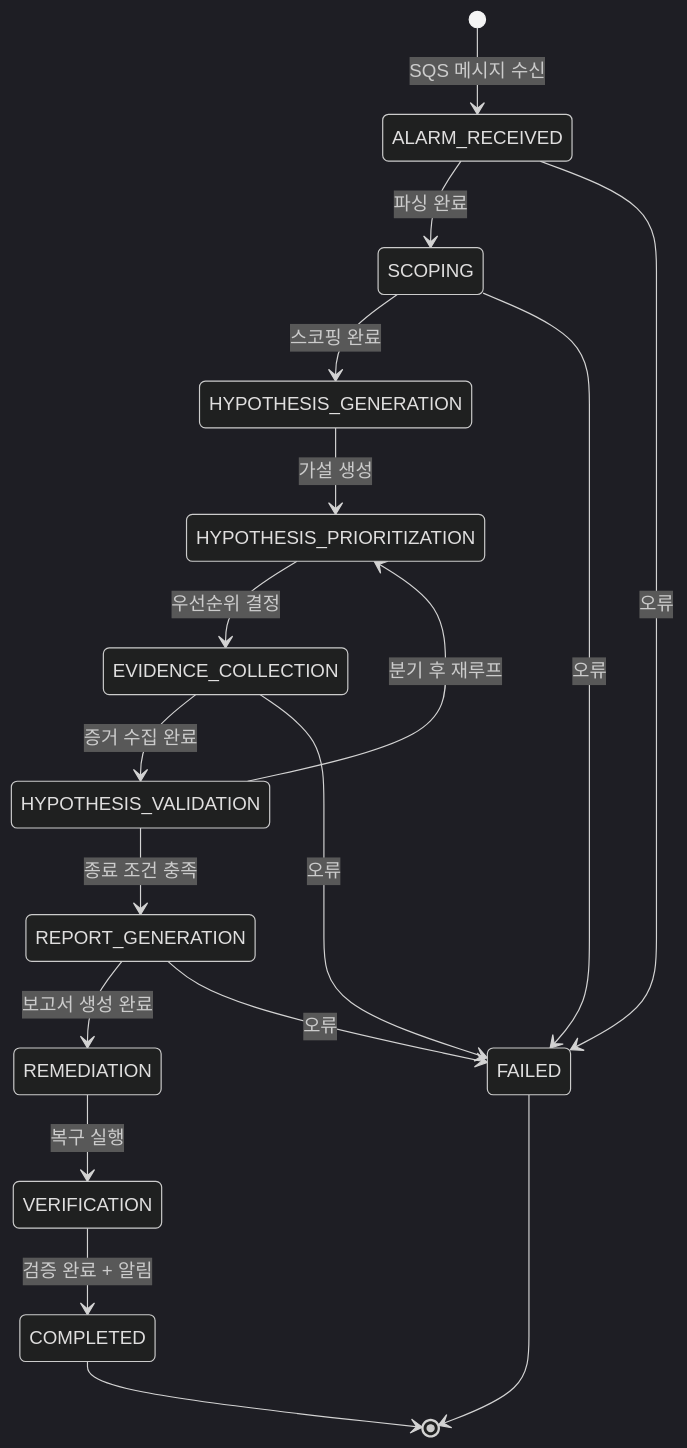
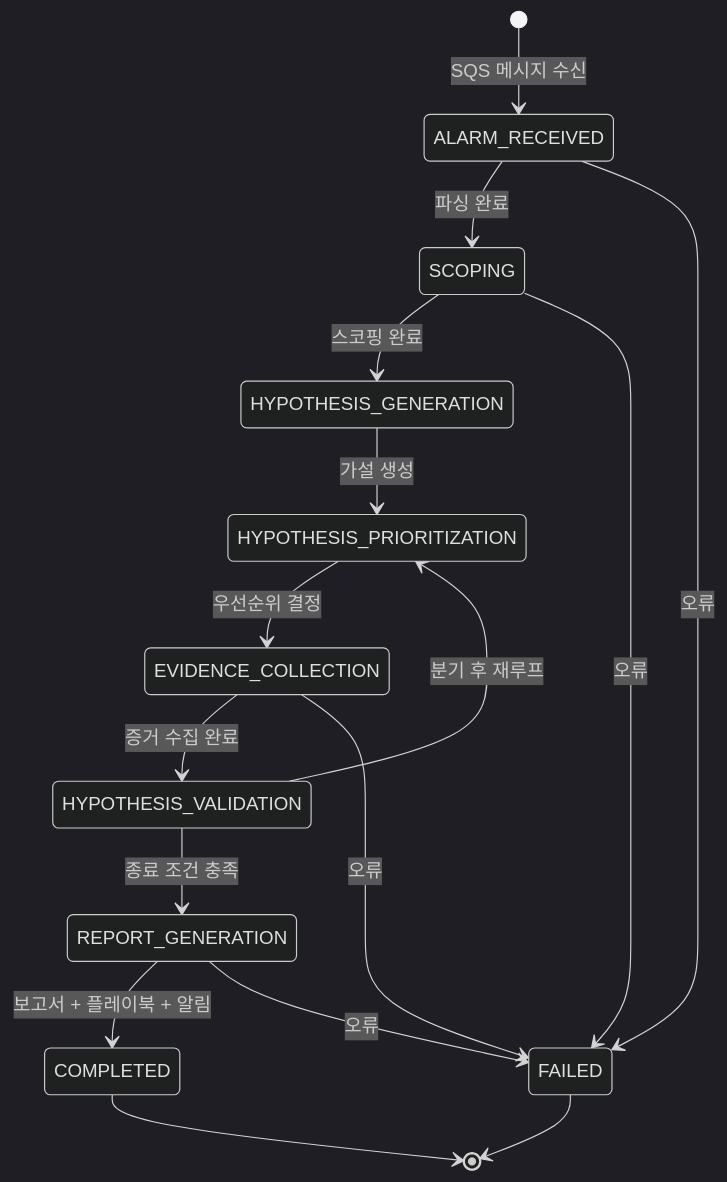
One commit to haandol/rca-agent changed diagram 16 of 22 in docs/system-guide-for-ops.md. Above: the diagram before and after it, drawn with Mermaid (dark theme). The commit also changed other lines of this file and 2 other files, not shown here.

First line of the commit message:
docs: DDB 스키마 다이어그램 추가 및 cc-headless 플레이북 단계 문서화

````diff
--- a/docs/system-guide-for-ops.md
+++ b/docs/system-guide-for-ops.md
@@ -739,23 +739,21 @@
 ```mermaid
 stateDiagram-v2
     [*] --> ALARM_RECEIVED: SQS 메시지 수신
 
     ALARM_RECEIVED --> SCOPING: 파싱 완료
     SCOPING --> HYPOTHESIS_GENERATION: 스코핑 완료
     HYPOTHESIS_GENERATION --> HYPOTHESIS_PRIORITIZATION: 가설 생성
     HYPOTHESIS_PRIORITIZATION --> EVIDENCE_COLLECTION: 우선순위 결정
     EVIDENCE_COLLECTION --> HYPOTHESIS_VALIDATION: 증거 수집 완료
     HYPOTHESIS_VALIDATION --> REPORT_GENERATION: 종료 조건 충족
     HYPOTHESIS_VALIDATION --> HYPOTHESIS_PRIORITIZATION: 분기 후 재루프
-    REPORT_GENERATION --> REMEDIATION: 보고서 생성 완료
-    REMEDIATION --> VERIFICATION: 복구 실행
-    VERIFICATION --> COMPLETED: 검증 완료 + 알림
+    REPORT_GENERATION --> COMPLETED: 보고서 + 플레이북 + 알림
 
     ALARM_RECEIVED --> FAILED: 오류
     SCOPING --> FAILED: 오류
     EVIDENCE_COLLECTION --> FAILED: 오류
     REPORT_GENERATION --> FAILED: 오류
 
     COMPLETED --> [*]
     FAILED --> [*]
 ```
````
